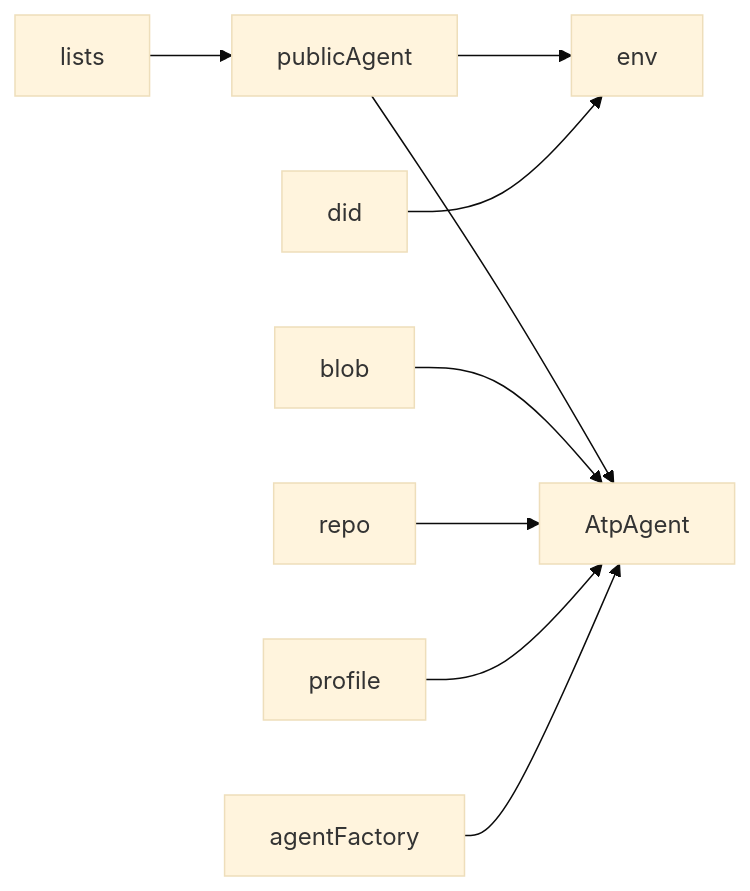
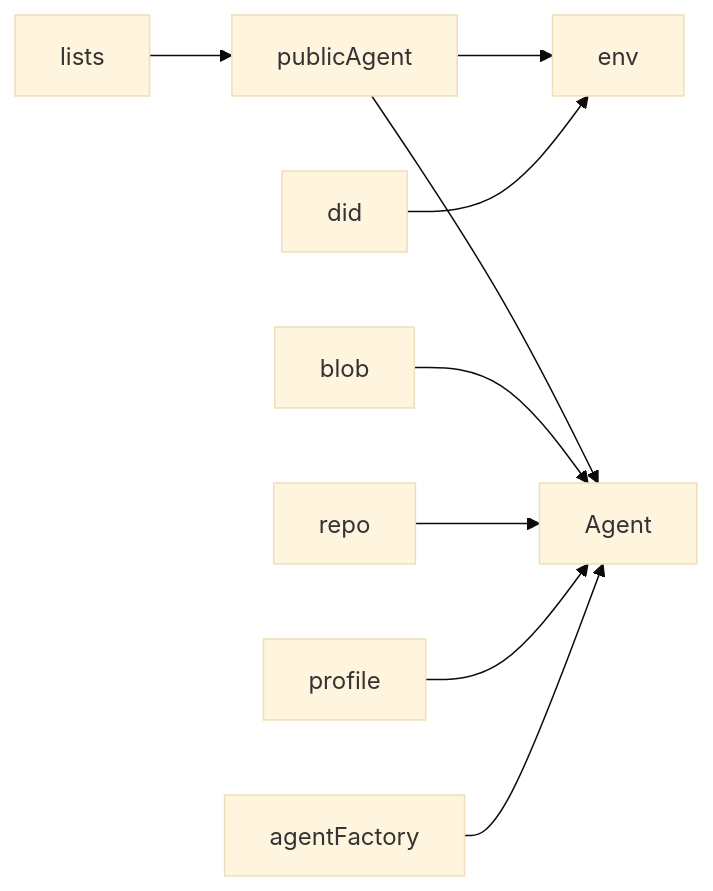
Before and after one commit to nekono-dev/skyshare: the first of 2 diagrams in specs/atproto-access/design.md, drawn with Mermaid (base theme). The commit also changed other lines of this file and 98 other files, not shown here.

````diff
--- a/specs/atproto-access/design.md
+++ b/specs/atproto-access/design.md
@@ -19,11 +19,11 @@
 ```mermaid
 flowchart LR
   lists --> publicAgent
   publicAgent --> ext_env["env"]
   publicAgent --> ext_agent
   did --> ext_env
-  blob --> ext_agent["AtpAgent"]
+  blob --> ext_agent["Agent"]
   repo --> ext_agent
   profile --> ext_agent
   agentFactory --> ext_agent
 ```
````
